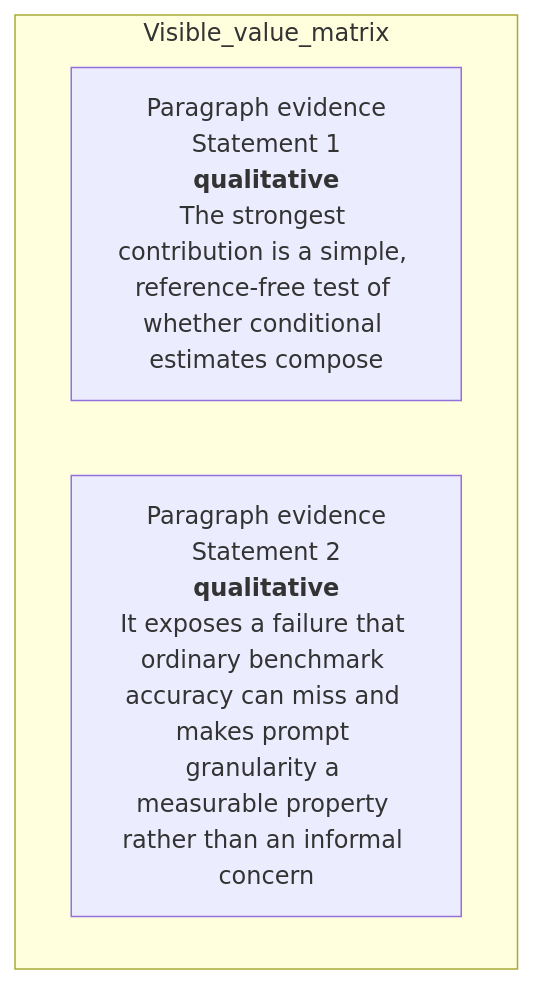
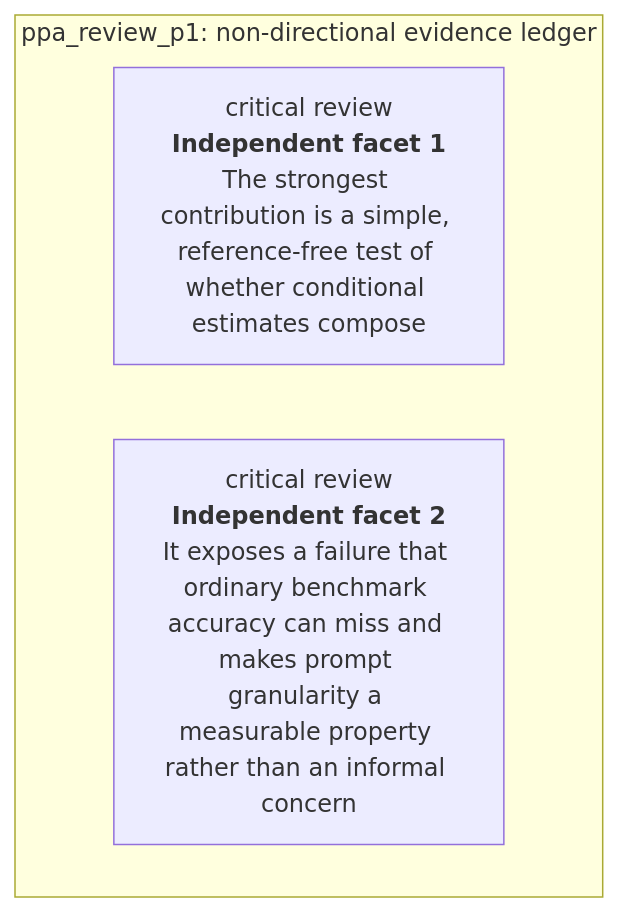
One commit to Betancourt1/paper_atlas changed diagram 44 of 48 in docs/visual-manifests/VISUAL_MANIFEST_PARTITION_PROMPT_AGGREGATE.md. Above: the diagram before and after it, drawn with Mermaid. The commit also changed other lines of this file and 7 other files, not shown here.

````diff
--- a/docs/visual-manifests/VISUAL_MANIFEST_PARTITION_PROMPT_AGGREGATE.md
+++ b/docs/visual-manifests/VISUAL_MANIFEST_PARTITION_PROMPT_AGGREGATE.md
@@ -3545,7 +3555,7 @@
 ```mermaid
 flowchart TB
-  subgraph Visible_value_matrix
-    r1["Paragraph evidence<br/>Statement 1<br/><b>qualitative</b><br/>The strongest contribution is a simple, reference-free test of whether conditional estimates compose"]
-    r2["Paragraph evidence<br/>Statement 2<br/><b>qualitative</b><br/>It exposes a failure that ordinary benchmark accuracy can miss and makes prompt granularity a measurable property rather than an informal concern"]
+  subgraph Ledger["ppa_review_p1: non-directional evidence ledger"]
+    r1["critical review<br/><b>Independent facet 1</b><br/>The strongest contribution is a simple, reference-free test of whether conditional estimates compose"]
+    r2["critical review<br/><b>Independent facet 2</b><br/>It exposes a failure that ordinary benchmark accuracy can miss and makes prompt granularity a measurable property rather than an informal concern"]
   end
 ```
````
